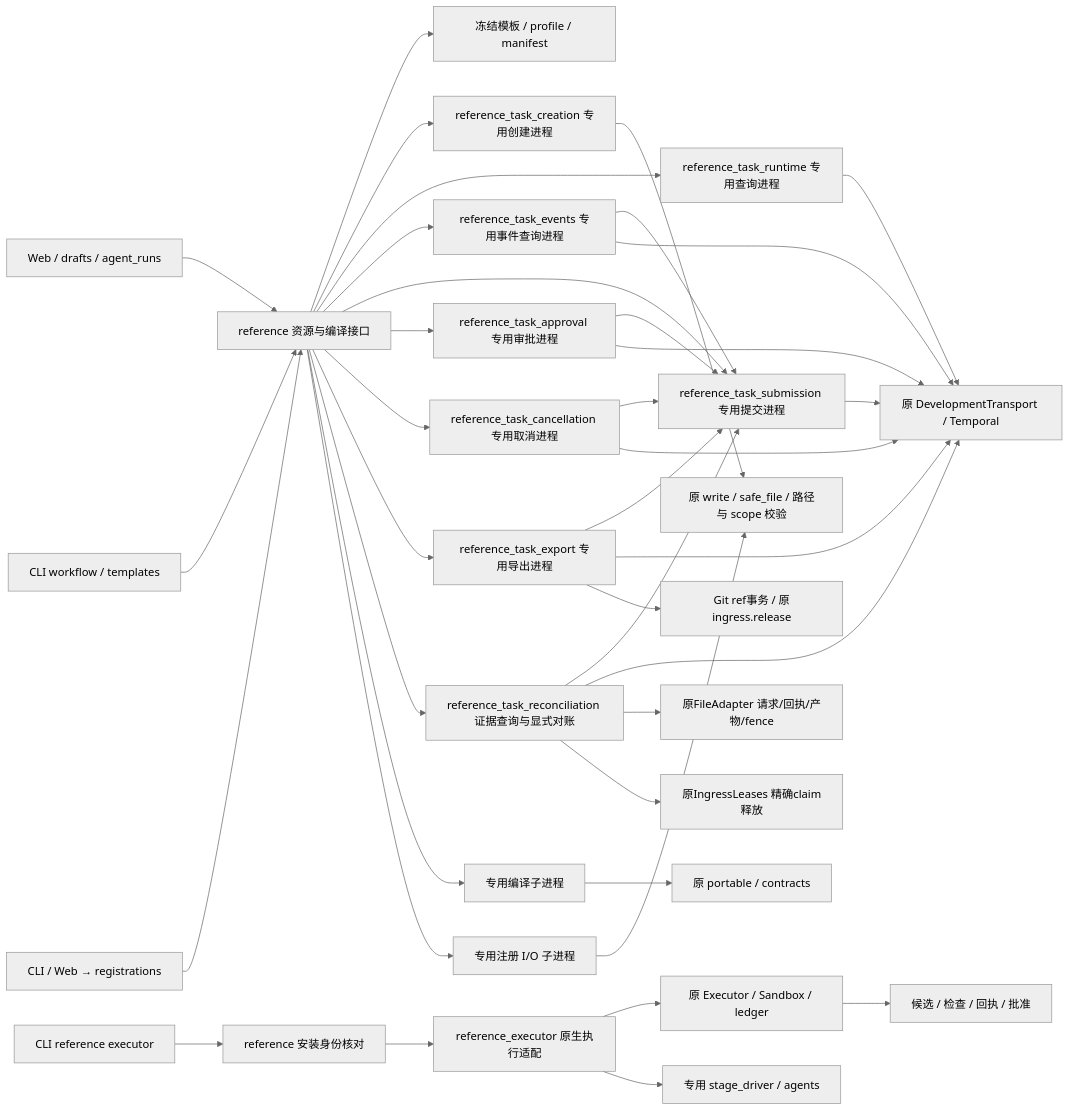
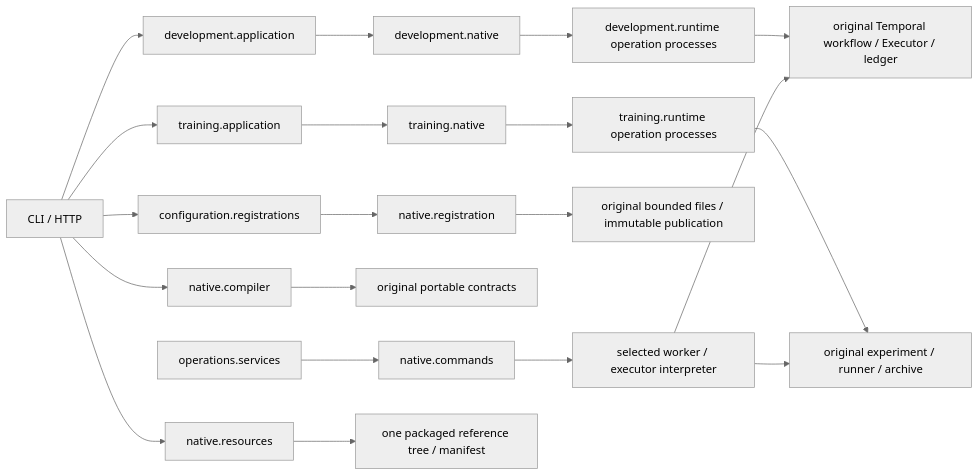
The first of 2 diagrams in docs/architecture/reference-boundary.md (626619403/Ergora), drawn with Mermaid (neutral theme) before and after one commit. The commit also changed other lines of this file and 439 other files, not shown here.

````diff
--- a/docs/architecture/reference-boundary.md
+++ b/docs/architecture/reference-boundary.md
@@ -7,40 +9,22 @@
 ```mermaid
 flowchart LR
-  Web[Web / drafts / agent_runs] --> Ref[reference 资源与编译接口]
-  CLI[CLI workflow / templates] --> Ref
-  Registration[CLI / Web → registrations] --> Ref
-  Ref --> Resources[冻结模板 / profile / manifest]
-  Ref --> Creation[reference_task_creation 专用创建进程]
-  Creation --> Files
-  Ref --> RuntimeQuery[reference_task_runtime 专用查询进程]
-  RuntimeQuery --> Transport[原 DevelopmentTransport / Temporal]
-  Ref --> Events[reference_task_events 专用事件查询进程]
-  Events --> Submission
-  Events --> Transport
-  Ref --> Submission[reference_task_submission 专用提交进程]
-  Submission --> Transport
-  Ref --> Approval[reference_task_approval 专用审批进程]
-  Approval --> Submission
-  Approval --> Transport
-  Ref --> Cancellation[reference_task_cancellation 专用取消进程]
-  Cancellation --> Submission
-  Cancellation --> Transport
-  Ref --> Export[reference_task_export 专用导出进程]
-  Ref --> ExternalStatus[reference_task_reconciliation 证据查询与显式对账]
-  ExternalStatus --> Submission
-  ExternalStatus --> Transport
-  ExternalStatus --> Adapter[原FileAdapter 请求/回执/产物/fence]
-  ExternalStatus --> Ingress[原IngressLeases 精确claim释放]
-  Export --> Submission
-  Export --> Transport
-  Export --> Git[Git ref事务 / 原ingress.release]
-  Ref --> Compiler[专用编译子进程]
-  Compiler --> Portable[原 portable / contracts]
-  Ref --> Projection[专用注册 I/O 子进程]
-  Projection --> Files[原 write / safe_file / 路径与 scope 校验]
-  ExecCLI[CLI reference executor] --> Identity[reference 安装身份核对]
-  Identity --> Bridge[reference_executor 原生执行适配]
-  Bridge --> Original[原 Executor / Sandbox / ledger]
-  Bridge --> Driver[专用 stage_driver / agents]
-  Original --> Evidence[候选 / 检查 / 回执 / 批准]
+  UI[CLI / HTTP] --> Resources[native.resources]
+  UI --> Compiler[native.compiler]
+  UI --> Registration[configuration.registrations]
+  Registration --> Projection[native.registration]
+  UI --> Tasks[development.application]
+  Tasks --> TaskClient[development.native]
+  TaskClient --> TaskProcesses[development.runtime operation processes]
+  UI --> Training[training.application]
+  Training --> TrainingClient[training.native]
+  TrainingClient --> TrainingProcesses[training.runtime operation processes]
+  Compiler --> Portable[original portable contracts]
+  Projection --> Files[original bounded files / immutable publication]
+  TaskProcesses --> Formal[original Temporal workflow / Executor / ledger]
+  TrainingProcesses --> Experiment[original experiment / runner / archive]
+  Services[operations.services] --> Commands[native.commands]
+  Commands --> Workers[selected worker / executor interpreter]
+  Workers --> Formal
+  Workers --> Experiment
+  Resources --> Source[one packaged reference tree / manifest]
 ```
````
